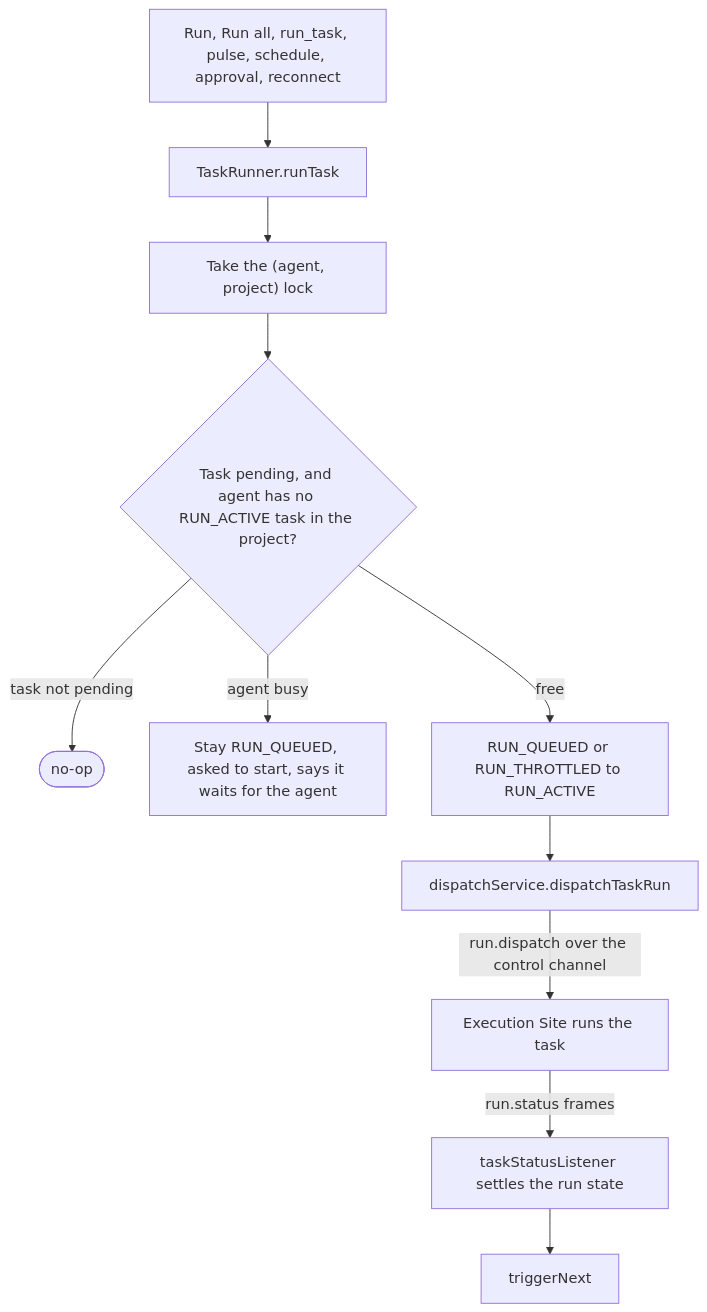
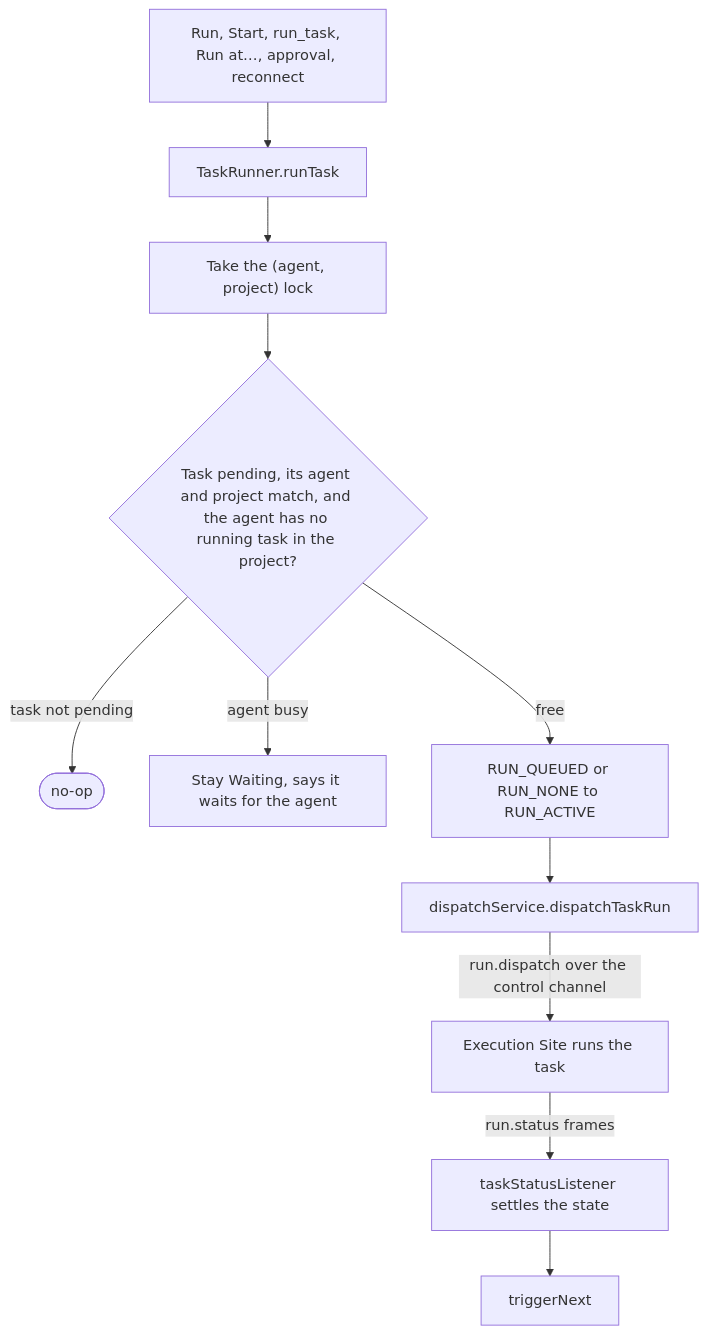
One commit to solution84-com/agenthix changed the second of 3 diagrams in docs/concepts/agents/task-execution-concurrency.md. Above: the diagram before and after it, drawn with Mermaid. The commit also changed other lines of this file and 60 other files, not shown here.

````diff
--- a/docs/concepts/agents/task-execution-concurrency.md
+++ b/docs/concepts/agents/task-execution-concurrency.md
@@ -79,15 +77,15 @@
 ```mermaid
 flowchart TD
-    CALLERS["Run, Run all, run_task, pulse, schedule, approval, reconnect"]
+    CALLERS["Run, Start, run_task, Run at…, approval, reconnect"]
     CALLERS --> RT["TaskRunner.runTask"]
 
     RT --> LK["Take the (agent, project) lock"]
-    LK --> CHK{"Task pending, and agent has no RUN_ACTIVE task in the project?"}
+    LK --> CHK{"Task pending, its agent and project match, and the agent has no running task in the project?"}
     CHK -- "task not pending" --> SKIP(["no-op"])
-    CHK -- "agent busy" --> WAIT["Stay RUN_QUEUED, asked to start, says it waits for the agent"]
-    CHK -- "free" --> RUN["RUN_QUEUED or RUN_THROTTLED to RUN_ACTIVE"]
+    CHK -- "agent busy" --> WAIT["Stay Waiting, says it waits for the agent"]
+    CHK -- "free" --> RUN["RUN_QUEUED or RUN_NONE to RUN_ACTIVE"]
     RUN --> DISP["dispatchService.dispatchTaskRun"]
     DISP -- "run.dispatch over the control channel" --> SITE["Execution Site runs the task"]
-    SITE -- "run.status frames" --> LSN["taskStatusListener settles the run state"]
+    SITE -- "run.status frames" --> LSN["taskStatusListener settles the state"]
     LSN --> NEXT["triggerNext"]
 ```
````
